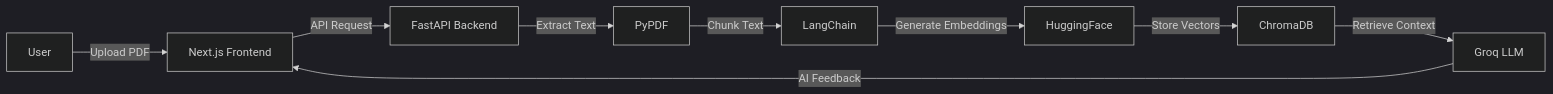
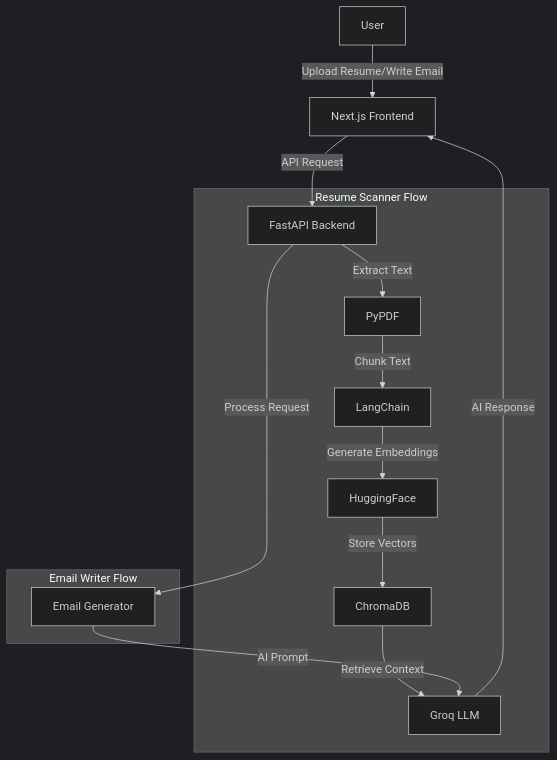
One commit to prateekmtri/Resume-checker changed the diagram in README.md. Above: the diagram before and after it, drawn with Mermaid (dark theme). The commit also changed other lines of this file and 1 other file, not shown here.

````diff
--- a/README.md
+++ b/README.md
@@ -37,11 +49,20 @@
 ```mermaid
-graph LR
-    A[User] -->|Upload PDF| B[Next.js Frontend]
+graph TB
+    A[User] -->|Upload Resume/Write Email| B[Next.js Frontend]
     B -->|API Request| C[FastAPI Backend]
+    
+    subgraph Resume Scanner Flow
     C -->|Extract Text| D[PyPDF]
     D -->|Chunk Text| E[LangChain]
     E -->|Generate Embeddings| F[HuggingFace]
     F -->|Store Vectors| G[ChromaDB]
     G -->|Retrieve Context| H[Groq LLM]
-    H -->|AI Feedback| B
+    end
+    
+    subgraph Email Writer Flow
+    C -->|Process Request| I[Email Generator]
+    I -->|AI Prompt| H
+    end
+    
+    H -->|AI Response| B
 ```
````
